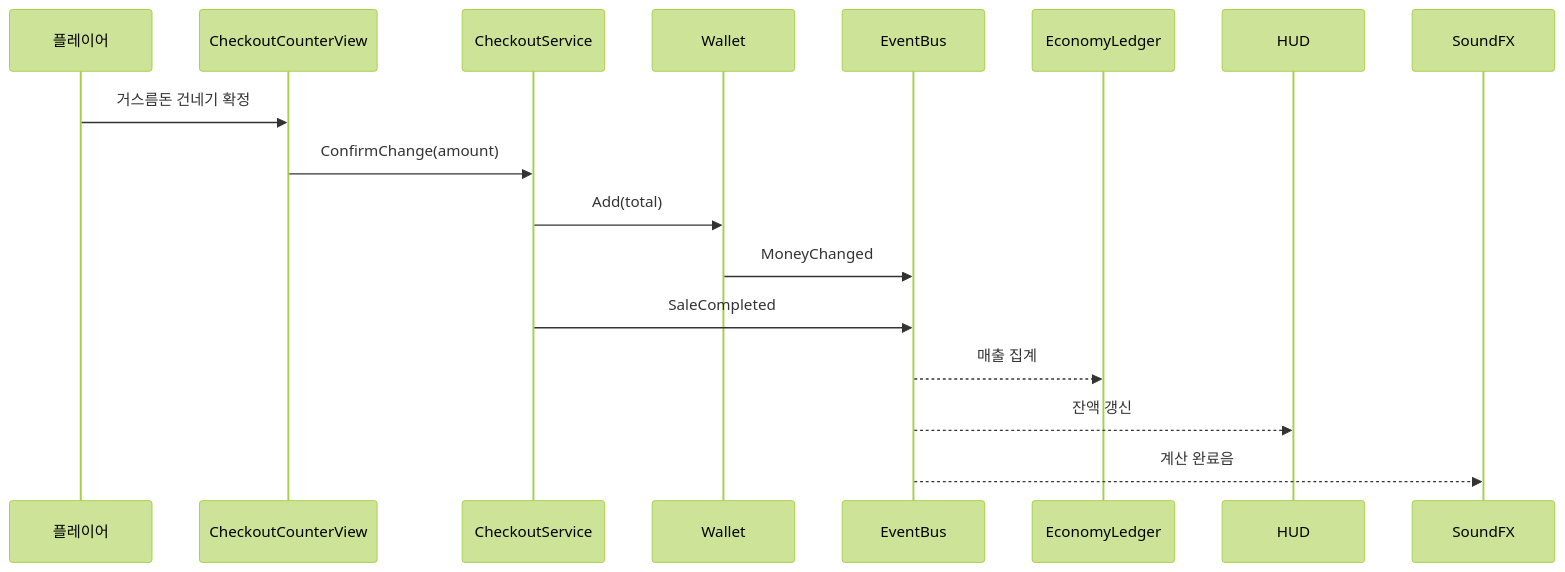
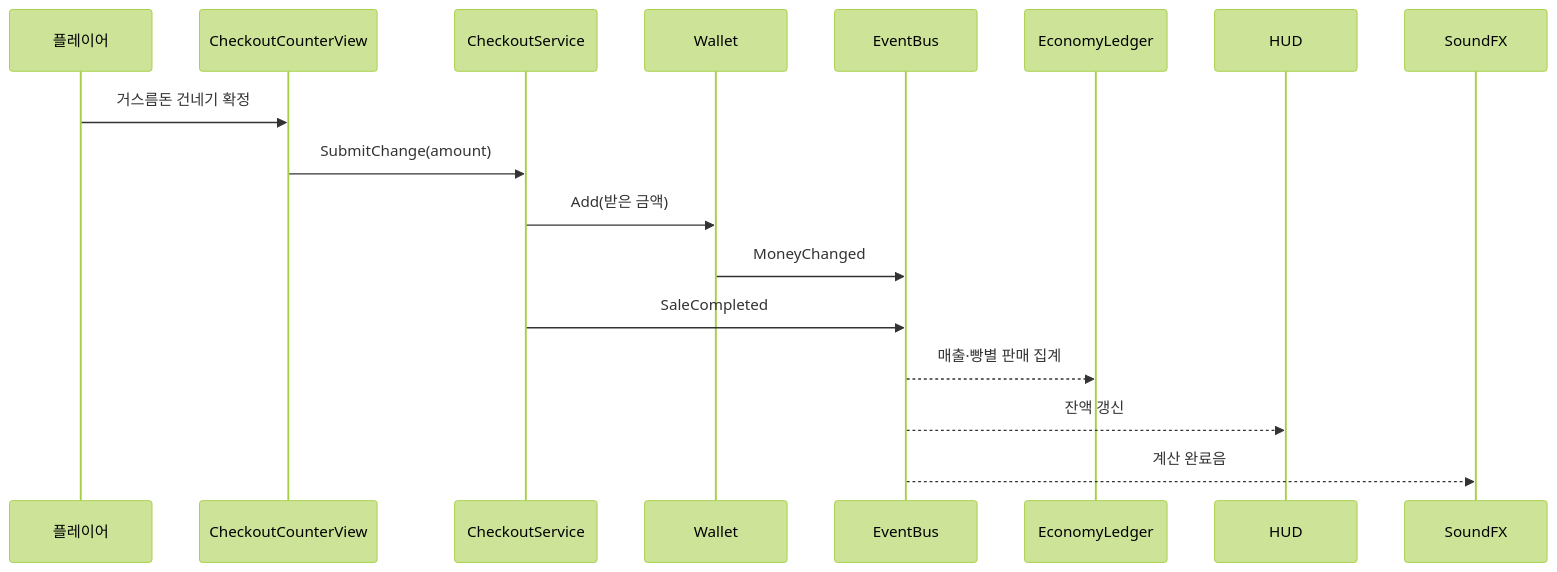
Before and after one commit to SeanKim0719/bakery-shop-simulator: the second of 3 diagrams in docs/design/01-runtime-structure.md, drawn with Mermaid (forest theme). The commit also changed other lines of this file and 43 other files, not shown here.

````diff
--- a/docs/design/01-runtime-structure.md
+++ b/docs/design/01-runtime-structure.md
@@ -139,20 +155,20 @@
 ```mermaid
 sequenceDiagram
     participant P as 플레이어
     participant CV as CheckoutCounterView
     participant CS as CheckoutService
     participant W as Wallet
     participant Bus as EventBus
     participant L as EconomyLedger
     participant H as HUD
     participant FX as SoundFX
 
     P->>CV: 거스름돈 건네기 확정
-    CV->>CS: ConfirmChange(amount)
-    CS->>W: Add(total)
+    CV->>CS: SubmitChange(amount)
+    CS->>W: Add(받은 금액)
     W->>Bus: MoneyChanged
     CS->>Bus: SaleCompleted
-    Bus-->>L: 매출 집계
+    Bus-->>L: 매출·빵별 판매 집계
     Bus-->>H: 잔액 갱신
     Bus-->>FX: 계산 완료음
 ```
````
